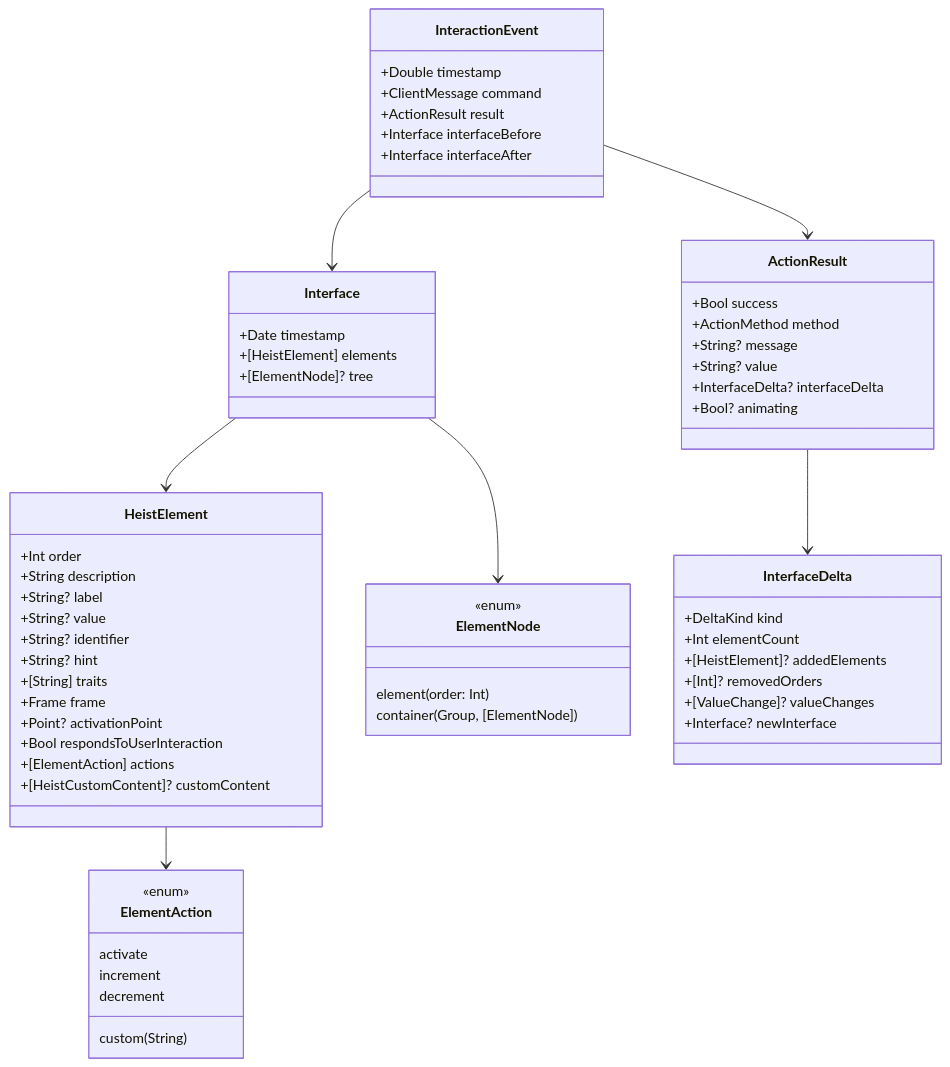
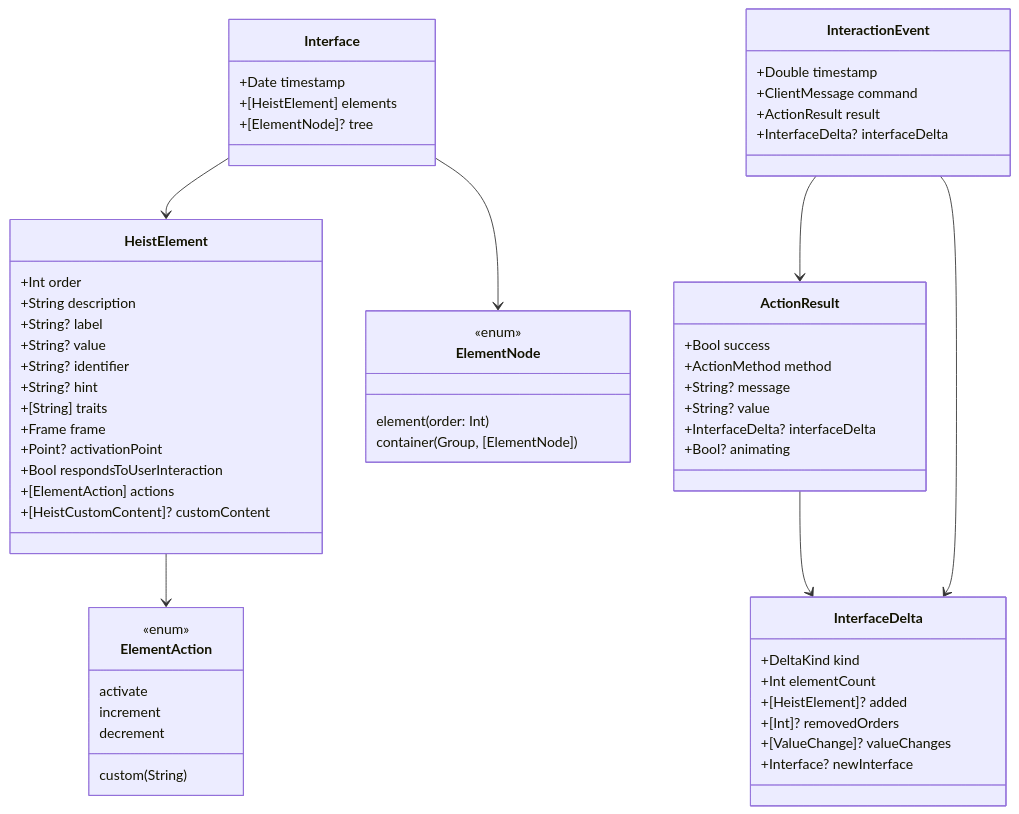
One commit to RoyalPineapple/TheButtonHeist changed the third of 3 diagrams in docs/dossiers/01-THESCORE.md. Above: the diagram before and after it, drawn with Mermaid. The commit also changed other lines of this file and 15 other files, not shown here.

````diff
--- a/docs/dossiers/01-THESCORE.md
+++ b/docs/dossiers/01-THESCORE.md
@@ -77,71 +78,70 @@
 ```mermaid
 classDiagram
     class Interface {
         +Date timestamp
         +[HeistElement] elements
         +[ElementNode]? tree
     }
 
     class HeistElement {
         +Int order
         +String description
         +String? label
         +String? value
         +String? identifier
         +String? hint
         +[String] traits
         +Frame frame
         +Point? activationPoint
         +Bool respondsToUserInteraction
         +[ElementAction] actions
         +[HeistCustomContent]? customContent
     }
 
     class ElementNode {
         <<enum>>
         element(order: Int)
         container(Group, [ElementNode])
     }
 
     class ElementAction {
         <<enum>>
         activate
         increment
         decrement
         custom(String)
     }
 
     class ActionResult {
         +Bool success
         +ActionMethod method
         +String? message
         +String? value
         +InterfaceDelta? interfaceDelta
         +Bool? animating
     }
 
     class InterfaceDelta {
         +DeltaKind kind
         +Int elementCount
-        +[HeistElement]? addedElements
+        +[HeistElement]? added
         +[Int]? removedOrders
         +[ValueChange]? valueChanges
         +Interface? newInterface
     }
 
     Interface --> HeistElement
     Interface --> ElementNode
     HeistElement --> ElementAction
     ActionResult --> InterfaceDelta
 
     class InteractionEvent {
         +Double timestamp
         +ClientMessage command
         +ActionResult result
-        +Interface interfaceBefore
-        +Interface interfaceAfter
+        +InterfaceDelta? interfaceDelta
     }
 
     InteractionEvent --> ActionResult
-    InteractionEvent --> Interface
+    InteractionEvent --> InterfaceDelta
 ```
````
